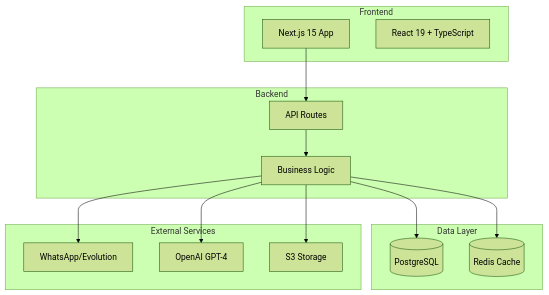
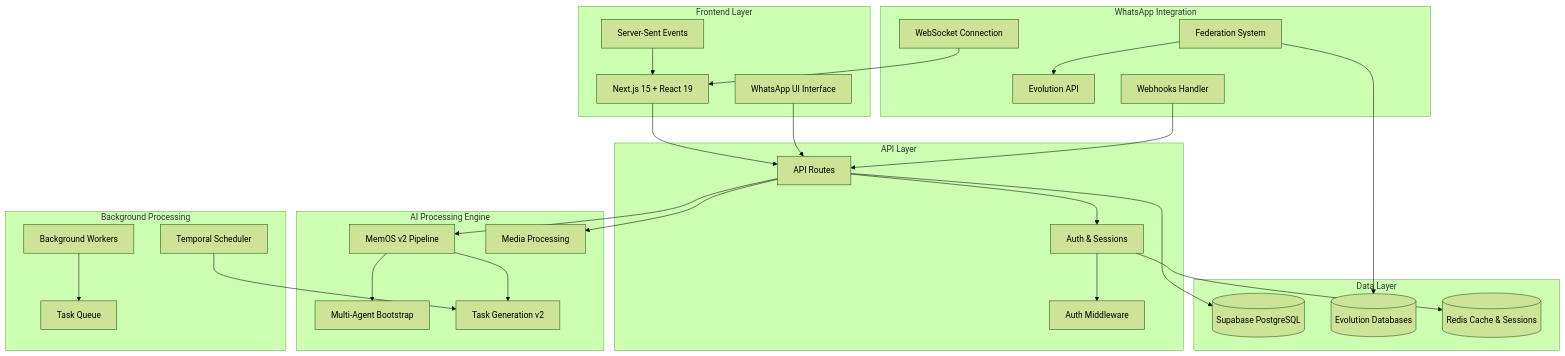
The diagram in eleva-ai/overview.mdx (lucasgrow/docs), drawn with Mermaid (forest theme) before and after one commit. The commit also changed other lines of this file and 2 other files, not shown here.

Commit message:
docs: adicionar páginas de documentação Eleva AI

````diff
--- a/eleva-ai/overview.mdx
+++ b/eleva-ai/overview.mdx
@@ -144,31 +144,61 @@
 ```mermaid
 graph TB
-    subgraph "Frontend"
-        A[Next.js 15 App]
-        B[React 19 + TypeScript]
+    subgraph "Frontend Layer"
+        UI[Next.js 15 + React 19]
+        WA[WhatsApp UI Interface]
+        SSE[Server-Sent Events]
     end
     
-    subgraph "Backend"
-        C[API Routes]
-        D[Business Logic]
+    subgraph "API Layer"
+        AUTH[Auth & Sessions]
+        ROUTES[API Routes]
+        MIDDLEWARE[Auth Middleware]
+    end
+    
+    subgraph "AI Processing Engine"
+        MEMOS[MemOS v2 Pipeline]
+        AGENTS[Multi-Agent Bootstrap]
+        TASKS[Task Generation v2]
+        MEDIA[Media Processing]
+    end
+    
+    subgraph "WhatsApp Integration"
+        EVO[Evolution API]
+        FED[Federation System]
+        WH[Webhooks Handler]
+        WS[WebSocket Connection]
     end
     
     subgraph "Data Layer"
-        E[(PostgreSQL)]
-        F[(Redis Cache)]
+        SUPA[(Supabase PostgreSQL)]
+        EVODB[(Evolution Databases)]
+        REDIS[(Redis Cache & Sessions)]
     end
     
-    subgraph "External Services"
-        G[WhatsApp/Evolution]
-        H[OpenAI GPT-4]
-        I[S3 Storage]
+    subgraph "Background Processing"
+        WORKERS[Background Workers]
+        QUEUE[Task Queue]
+        SCHEDULER[Temporal Scheduler]
     end
     
-    A --> C
-    C --> D
-    D --> E
-    D --> F
-    D --> G
-    D --> H
-    D --> I
+    UI --> ROUTES
+    WA --> ROUTES
+    ROUTES --> AUTH
+    AUTH --> MIDDLEWARE
+    ROUTES --> MEMOS
+    MEMOS --> AGENTS
+    MEMOS --> TASKS
+    ROUTES --> MEDIA
+    
+    FED --> EVO
+    WH --> ROUTES
+    WS --> UI
+    
+    ROUTES --> SUPA
+    FED --> EVODB
+    AUTH --> REDIS
+    
+    WORKERS --> QUEUE
+    SCHEDULER --> TASKS
+    SSE --> UI
 ```
````
